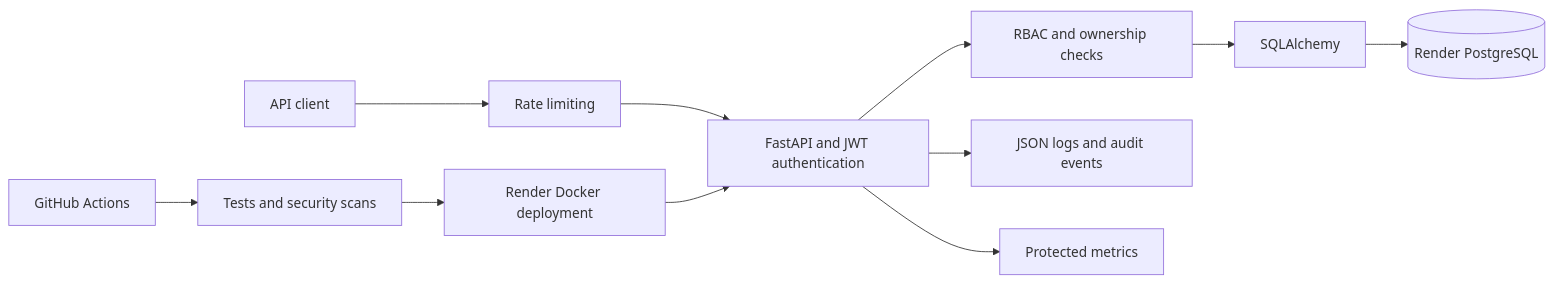
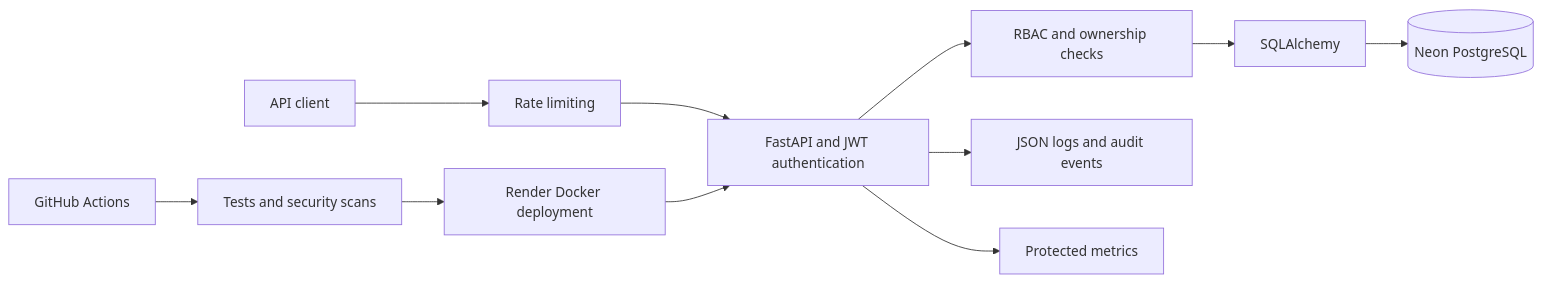
The first of 2 diagrams in README.md (Learnlife001/SecureTaskAPI), drawn with Mermaid before and after one commit. The commit also changed other lines of this file and 4 other files, not shown here.

Commit message:
Harden Neon recovery and Render configuration

````diff
--- a/README.md
+++ b/README.md
@@ -14,13 +14,13 @@
 ```mermaid
 flowchart LR
     C[API client] --> R[Rate limiting]
     R --> A[FastAPI and JWT authentication]
     A --> Z[RBAC and ownership checks]
     Z --> S[SQLAlchemy]
-    S --> P[(Render PostgreSQL)]
+    S --> P[(Neon PostgreSQL)]
     A --> O[JSON logs and audit events]
     A --> M[Protected metrics]
     G[GitHub Actions] --> T[Tests and security scans]
     T --> D[Render Docker deployment]
     D --> A
 ```
````
